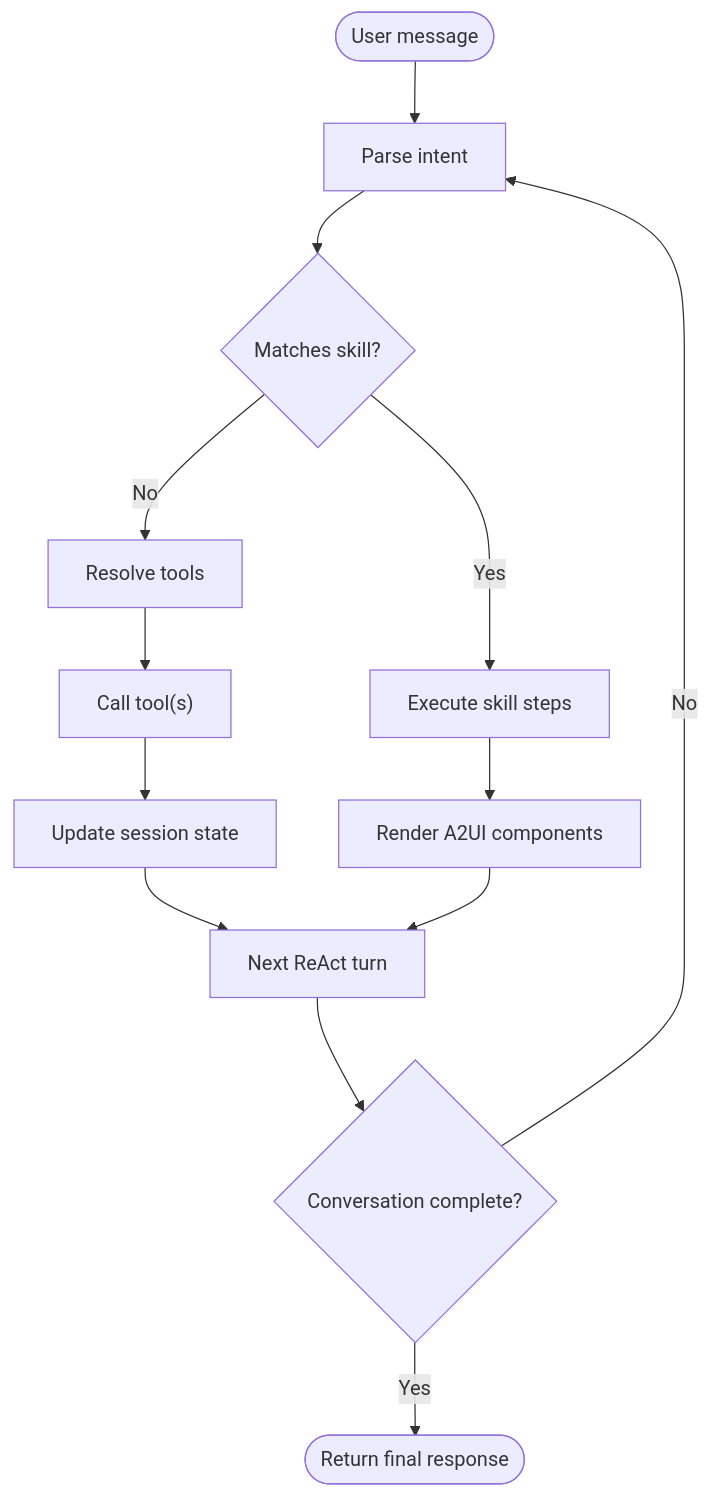
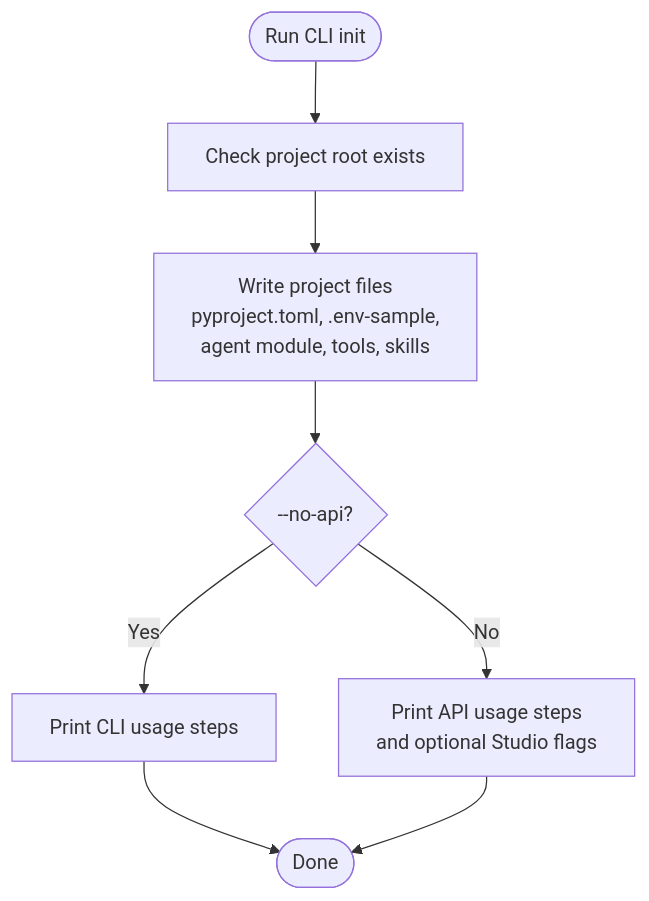
The third of 5 diagrams in repowiki/en/content/Getting Started.md (YU-JI-KUI/ark-agentic), drawn with Mermaid before and after one commit. The commit also changed other lines of this file and 116 other files, not shown here.

Commit message:
Refactor README structure and content for clarity; remove outdated CLI and utilities documentation. Introduce new API Reference and CLI Tooling documents to enhance user guidance and project organization.

````diff
--- a/repowiki/en/content/Getting Started.md
+++ b/repowiki/en/content/Getting Started.md
@@ -197,15 +157,10 @@
 ```mermaid
 flowchart TD
-Start(["User message"]) --> Parse["Parse intent"]
-Parse --> MatchSkill{"Matches skill?"}
-MatchSkill --> |Yes| ExecuteSkill["Execute skill steps"]
-MatchSkill --> |No| ResolveTools["Resolve tools"]
-ResolveTools --> CallTool["Call tool(s)"]
-CallTool --> UpdateState["Update session state"]
-ExecuteSkill --> RenderA2UI["Render A2UI components"]
-UpdateState --> NextTurn["Next ReAct turn"]
-RenderA2UI --> NextTurn
-NextTurn --> Done{"Conversation complete?"}
-Done --> |No| Parse
-Done --> |Yes| End(["Return final response"])
+Start(["Run CLI init"]) --> CheckRoot["Check project root exists"]
+CheckRoot --> WriteFiles["Write project files<br/>pyproject.toml, .env-sample,<br/>agent module, tools, skills"]
+WriteFiles --> Headless{"--no-api?"}
+Headless --> |Yes| NextStepsCLI["Print CLI usage steps"]
+Headless --> |No| NextStepsAPI["Print API usage steps<br/>and optional Studio flags"]
+NextStepsCLI --> End(["Done"])
+NextStepsAPI --> End
 ```
````
